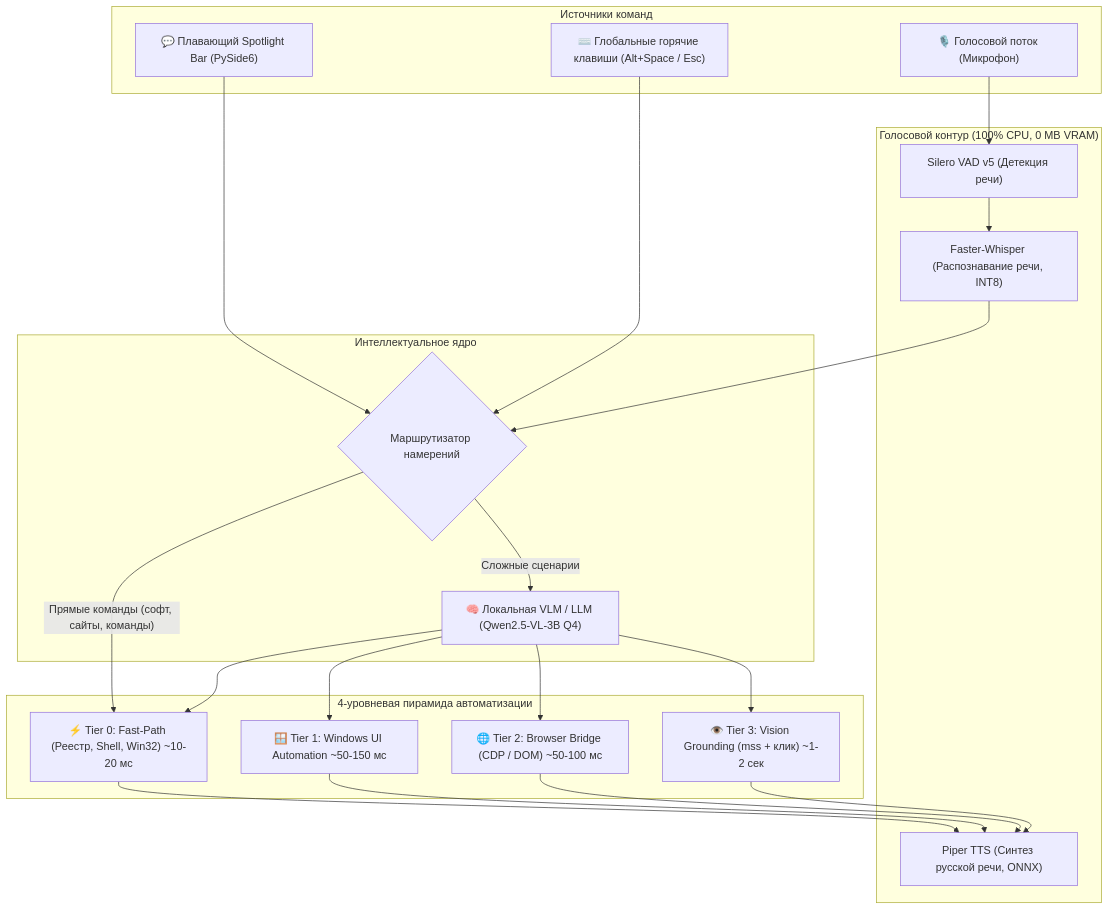
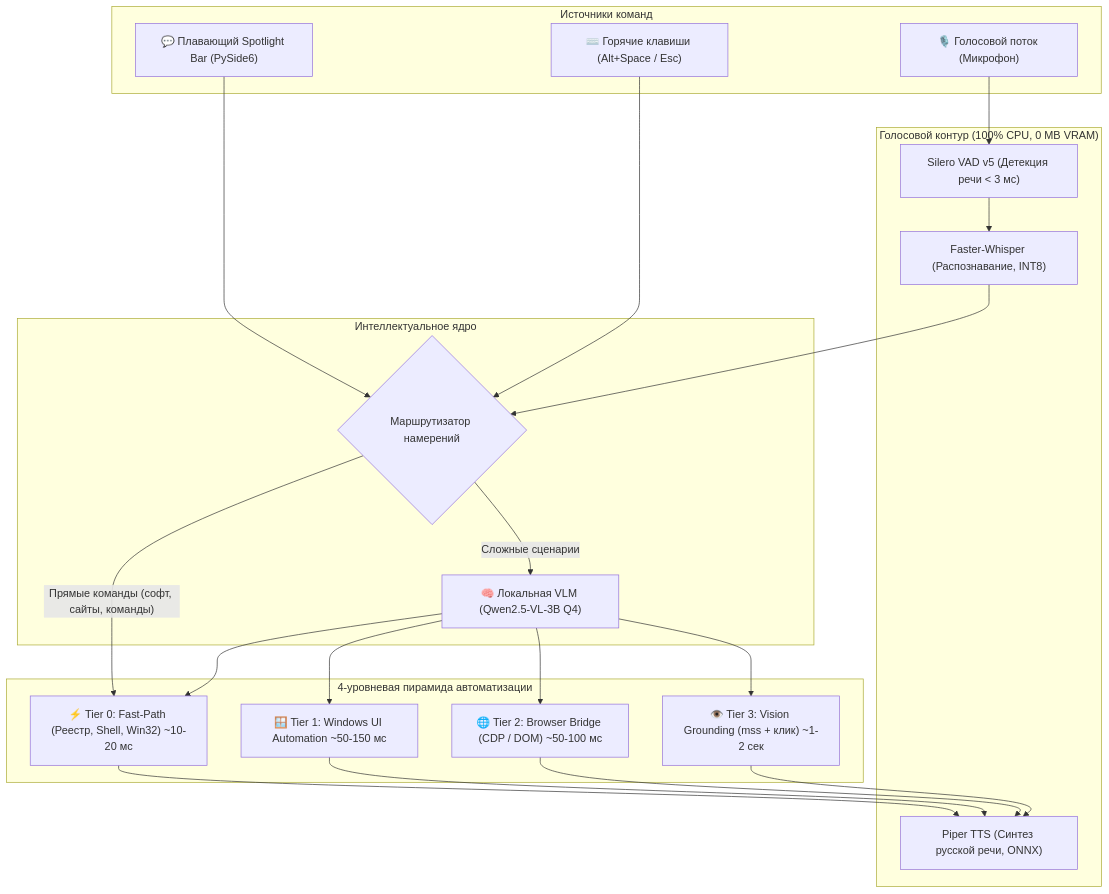
The first of 2 diagrams in README.md (Gupkagrop/GupkaCommander), drawn with Mermaid before and after one commit. The commit also changed other lines of this file, not shown here.

Commit message:
docs: расширенное визуальное оформление README и sequence-диаграмма

````diff
--- a/README.md
+++ b/README.md
@@ -40,40 +44,40 @@
 ```mermaid
 flowchart TD
     subgraph Ввод["Источники команд"]
         A1["🎙️ Голосовой поток (Микрофон)"]
         A2["💬 Плавающий Spotlight Bar (PySide6)"]
-        A3["⌨️ Глобальные горячие клавиши (Alt+Space / Esc)"]
+        A3["⌨️ Горячие клавиши (Alt+Space / Esc)"]
     end
 
     subgraph ГолосовойКонтур["Голосовой контур (100% CPU, 0 MB VRAM)"]
-        B1["Silero VAD v5 (Детекция речи)"]
-        B2["Faster-Whisper (Распознавание речи, INT8)"]
+        B1["Silero VAD v5 (Детекция речи < 3 мс)"]
+        B2["Faster-Whisper (Распознавание, INT8)"]
         B3["Piper TTS (Синтез русской речи, ONNX)"]
     end
 
     subgraph Маршрутизация["Интеллектуальное ядро"]
         C1{"Маршрутизатор намерений"}
-        C2["🧠 Локальная VLM / LLM (Qwen2.5-VL-3B Q4)"]
+        C2["🧠 Локальная VLM (Qwen2.5-VL-3B Q4)"]
     end
 
     subgraph Исполнение["4-уровневая пирамида автоматизации"]
         D0["⚡ Tier 0: Fast-Path (Реестр, Shell, Win32) ~10-20 мс"]
         D1["🪟 Tier 1: Windows UI Automation ~50-150 мс"]
         D2["🌐 Tier 2: Browser Bridge (CDP / DOM) ~50-100 мс"]
         D3["👁️ Tier 3: Vision Grounding (mss + клик) ~1-2 сек"]
     end
 
     A1 --> B1 --> B2 --> C1
     A2 --> C1
     A3 --> C1
 
     C1 -- "Прямые команды (софт, сайты, команды)" --> D0
     C1 -- "Сложные сценарии" --> C2
 
     C2 --> D0
     C2 --> D1
     C2 --> D2
     C2 --> D3
 
     D0 & D1 & D2 & D3 --> B3
 ```
````
